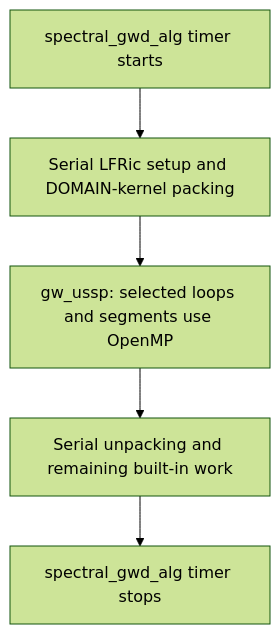
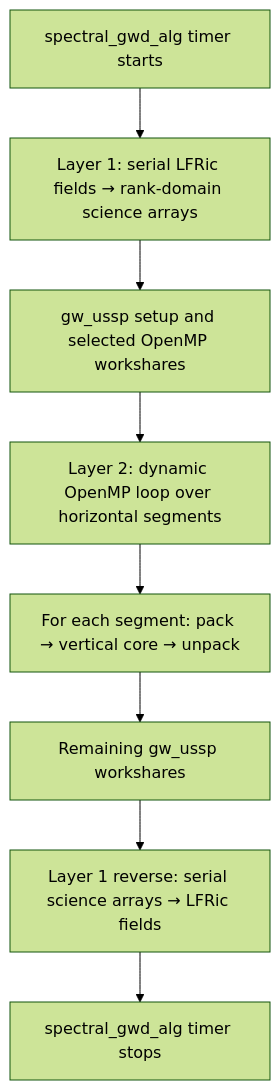
Before and after one commit to ickc/project-LFRic: the diagram in src/ticket-813-openmp-scaling.qmd, drawn with Mermaid (forest theme). The commit also changed other lines of this file and 1 other file, not shown here.

````diff
--- a/src/ticket-813-openmp-scaling.qmd
+++ b/src/ticket-813-openmp-scaling.qmd
@@ -89,7 +155,10 @@
 ```{mermaid}
 flowchart TD
-    A["spectral_gwd_alg timer starts"] --> B["Serial LFRic setup and DOMAIN-kernel packing"]
-    B --> C["gw_ussp: selected loops and segments use OpenMP"]
-    C --> D["Serial unpacking and remaining built-in work"]
-    D --> E["spectral_gwd_alg timer stops"]
+    A["spectral_gwd_alg timer starts"] --> B["Layer 1: serial LFRic fields → rank-domain science arrays"]
+    B --> C["gw_ussp setup and selected OpenMP workshares"]
+    C --> D["Layer 2: dynamic OpenMP loop over horizontal segments"]
+    D --> E["For each segment: pack → vertical core → unpack"]
+    E --> F["Remaining gw_ussp workshares"]
+    F --> G["Layer 1 reverse: serial science arrays → LFRic fields"]
+    G --> H["spectral_gwd_alg timer stops"]
 ```
````
